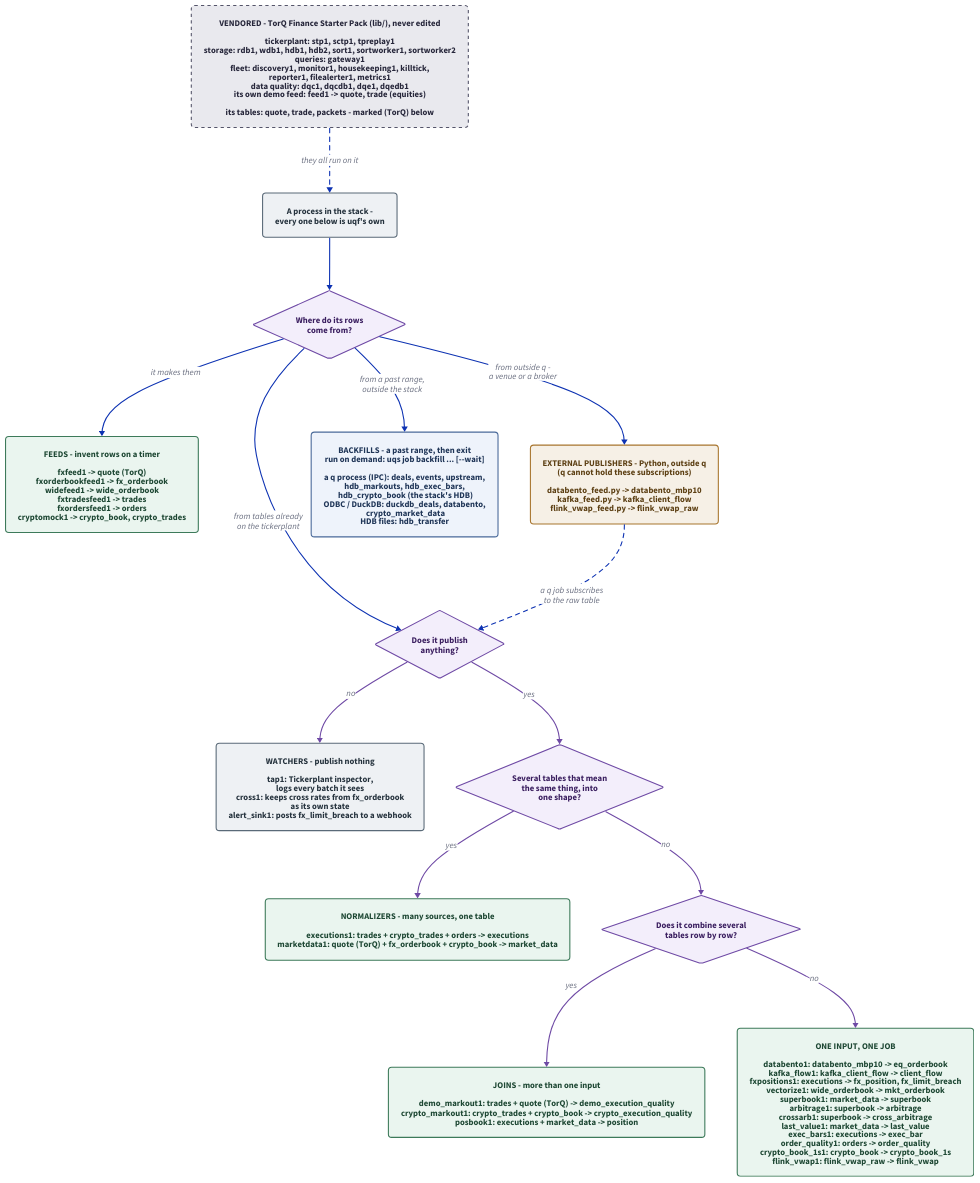
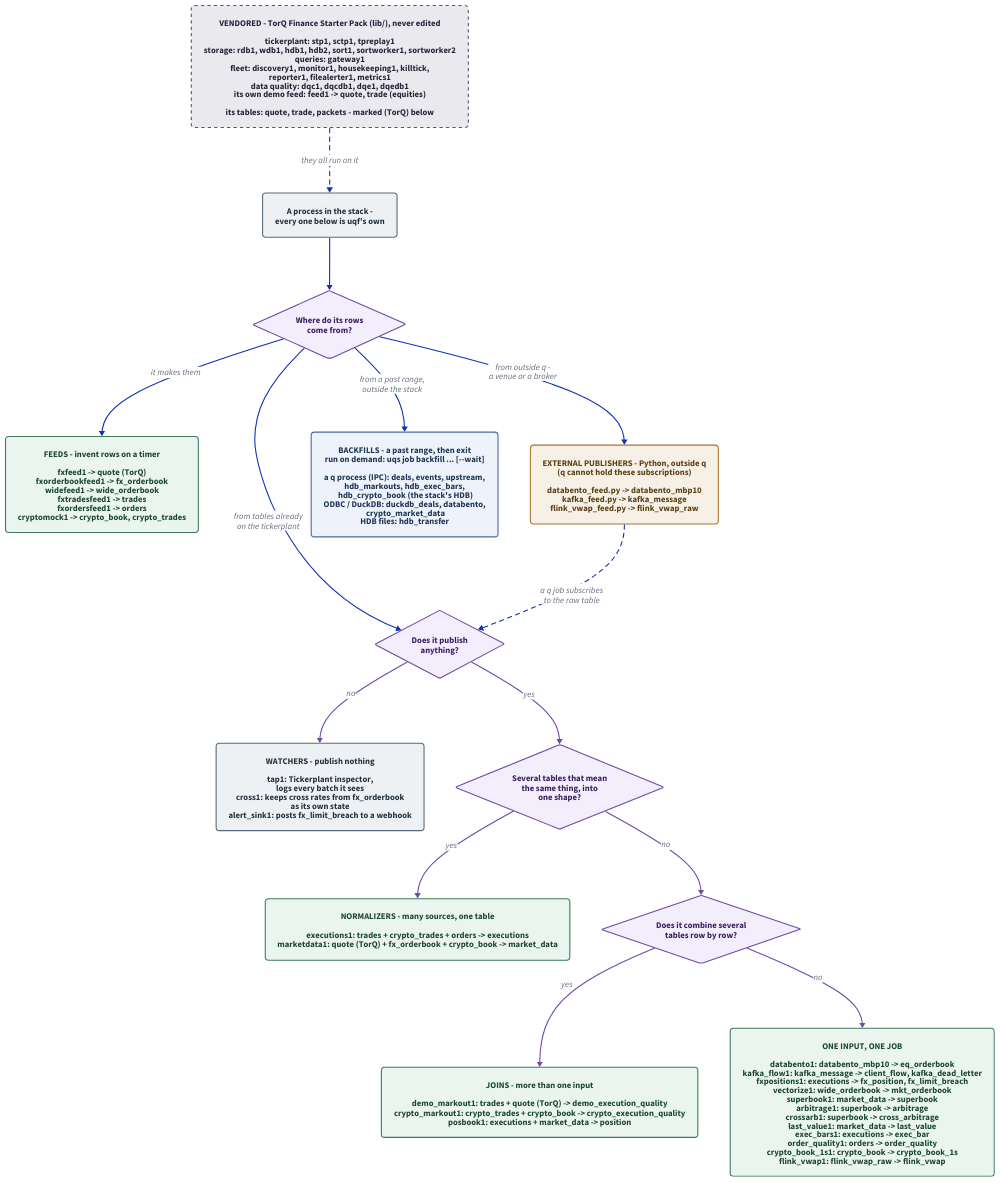
One commit to kwojdalski/uqf changed the diagram in docs/diagrams/services-showcase.d2. Above: the diagram before and after it, drawn with D2. The commit also changed 31 other files, not shown here.

First line of the commit message:
kafka: transport-agnostic envelope, per-topic mappings, dedupe on (topic, partition, offset), dead letters

```diff
--- a/docs/diagrams/services-showcase.d2
+++ b/docs/diagrams/services-showcase.d2
@@ -1,125 +1,125 @@
 # services-showcase.d2 - how the stack's processes differ, as a decision tree.
 #
 # Rendered by scripts/generate/render_diagrams.py, which CI runs with
 # --check. Embedded from docs/services/README.md.
 #
 # WHAT THIS DIAGRAM IS FOR. The showcase lists every process; this sorts them
 # by the two things that tell them apart: where their rows come from, and what
 # they do with the tables they read. Each leaf names its processes with the
 # tables they read and write, as the generated process table has them
 # (docs/reference/processes.md) - so it can be checked, not just believed.
 #
 # The Databento and Kafka processes are the easy ones to misread: the
 # PUBLISHER is a Python handler outside q (a q process cannot hold either
 # subscription), and databento1 / kafka_flow1 are ordinary subscribers to the
 # raw table it publishes. The drawing routes them through "from outside q"
 # and back into the subscriber questions for that reason.
 #
 # VENDORED vs OURS. Every process in the tree is uqf's own; the dashed box on
 # top is the TorQ Finance Starter Pack they run on (lib/, never edited) - its
 # 23 processes, as docs/reference/processes.md lists them, and its three
 # tables. A vendored table in a leaf is marked (TorQ): today that is `quote`,
 # which fxfeed1 writes beside TorQ's own feed1.
 
 direction: down
 
 vars: {
   d2-config: {
     pad: 40
   }
 }
 
 classes: {
   question: {
     shape: diamond
     style: {
       fill: "#f3eefb"
       stroke: "#6f4aa5"
       font-color: "#3a1e5f"
     }
   }
   group: {
     style: {
       fill: "#eaf5ef"
       stroke: "#3d7a5a"
       font-color: "#1d4733"
       border-radius: 6
     }
   }
   external: {
     style: {
       fill: "#f6f0e6"
       stroke: "#a8762f"
       font-color: "#5c3f13"
       border-radius: 6
     }
   }
   bounded: {
     style: {
       fill: "#eef3fb"
       stroke: "#4a6a9a"
       font-color: "#1f3557"
       border-radius: 6
     }
   }
   vendored: {
     style: {
       fill: "#e9e9ee"
       stroke: "#55556a"
       font-color: "#26263a"
       border-radius: 6
       stroke-dash: 3
     }
   }
   quiet: {
     style: {
       fill: "#eef1f4"
       stroke: "#5a6a78"
       font-color: "#25323d"
       border-radius: 6
     }
   }
 }
 
 vendored: "VENDORED - TorQ Finance Starter Pack (lib/), never edited\n\ntickerplant: stp1, sctp1, tpreplay1\nstorage: rdb1, wdb1, hdb1, hdb2, sort1, sortworker1, sortworker2\nqueries: gateway1\nfleet: discovery1, monitor1, housekeeping1, killtick,\nreporter1, filealerter1, metrics1\ndata quality: dqc1, dqcdb1, dqe1, dqedb1\nits own demo feed: feed1 -> quote, trade (equities)\n\nits tables: quote, trade, packets - marked (TorQ) below" { class: vendored }
 
 start: "A process in the stack -\nevery one below is uqf's own" { class: quiet }
 
 vendored -> start: "they all run on it" { style.stroke-dash: 4 }
 
 q_source: "Where do its rows\ncome from?" { class: question }
 
 feeds: "FEEDS - invent rows on a timer\n\nfxfeed1 -> quote (TorQ)\nfxorderbookfeed1 -> fx_orderbook\nwidefeed1 -> wide_orderbook\nfxtradesfeed1 -> trades\nfxordersfeed1 -> orders\ncryptomock1 -> crypto_book, crypto_trades" { class: group }
 
-external: "EXTERNAL PUBLISHERS - Python, outside q\n(q cannot hold these subscriptions)\n\ndatabento_feed.py -> databento_mbp10\nkafka_feed.py -> kafka_client_flow\nflink_vwap_feed.py -> flink_vwap_raw" { class: external }
+external: "EXTERNAL PUBLISHERS - Python, outside q\n(q cannot hold these subscriptions)\n\ndatabento_feed.py -> databento_mbp10\nkafka_feed.py -> kafka_message\nflink_vwap_feed.py -> flink_vwap_raw" { class: external }
 
 backfills: "BACKFILLS - a past range, then exit\nrun on demand: uqs job backfill ... [--wait]\n\na q process (IPC): deals, events, upstream,\nhdb_markouts, hdb_exec_bars,\n hdb_crypto_book (the stack's HDB)\nODBC / DuckDB: duckdb_deals, databento,\n crypto_market_data\nHDB files: hdb_transfer" { class: bounded }
 
 q_publish: "Does it publish\nanything?" { class: question }
 
 quiet_leaves: "WATCHERS - publish nothing\n\ntap1: Tickerplant inspector,\nlogs every batch it sees\ncross1: keeps cross rates from fx_orderbook\nas its own state\nalert_sink1: posts fx_limit_breach to a webhook" { class: quiet }
 
 q_same: "Several tables that mean\nthe same thing, into\none shape?" { class: question }
 
 normalizers: "NORMALIZERS - many sources, one table\n\nexecutions1: trades + crypto_trades + orders -> executions\nmarketdata1: quote (TorQ) + fx_orderbook + crypto_book -> market_data" { class: group }
 
 q_join: "Does it combine several\ntables row by row?" { class: question }
 
 joins: "JOINS - more than one input\n\ndemo_markout1: trades + quote (TorQ) -> demo_execution_quality\ncrypto_markout1: crypto_trades + crypto_book -> crypto_execution_quality\nposbook1: executions + market_data -> position" { class: group }
 
-single: "ONE INPUT, ONE JOB\n\ndatabento1: databento_mbp10 -> eq_orderbook\nkafka_flow1: kafka_client_flow -> client_flow\nfxpositions1: executions -> fx_position, fx_limit_breach\nvectorize1: wide_orderbook -> mkt_orderbook\nsuperbook1: market_data -> superbook\narbitrage1: superbook -> arbitrage\ncrossarb1: superbook -> cross_arbitrage\nlast_value1: market_data -> last_value\nexec_bars1: executions -> exec_bar\norder_quality1: orders -> order_quality\ncrypto_book_1s1: crypto_book -> crypto_book_1s\nflink_vwap1: flink_vwap_raw -> flink_vwap" { class: group }
+single: "ONE INPUT, ONE JOB\n\ndatabento1: databento_mbp10 -> eq_orderbook\nkafka_flow1: kafka_message -> client_flow, kafka_dead_letter\nfxpositions1: executions -> fx_position, fx_limit_breach\nvectorize1: wide_orderbook -> mkt_orderbook\nsuperbook1: market_data -> superbook\narbitrage1: superbook -> arbitrage\ncrossarb1: superbook -> cross_arbitrage\nlast_value1: market_data -> last_value\nexec_bars1: executions -> exec_bar\norder_quality1: orders -> order_quality\ncrypto_book_1s1: crypto_book -> crypto_book_1s\nflink_vwap1: flink_vwap_raw -> flink_vwap" { class: group }
 
 start -> q_source
 q_source -> feeds: "it makes them"
 q_source -> external: "from outside q -\na venue or a broker"
 q_source -> q_publish: "from tables already\non the tickerplant"
 q_source -> backfills: "from a past range,\noutside the stack"
 
 external -> q_publish: "a q job subscribes\nto the raw table" { style.stroke-dash: 4 }
 
 q_publish -> quiet_leaves: "no" { style.stroke: "#6f4aa5" }
 q_publish -> q_same: "yes" { style.stroke: "#6f4aa5" }
 q_same -> normalizers: "yes" { style.stroke: "#6f4aa5" }
 q_same -> q_join: "no" { style.stroke: "#6f4aa5" }
 q_join -> joins: "yes" { style.stroke: "#6f4aa5" }
 q_join -> single: "no" { style.stroke: "#6f4aa5" }
```
